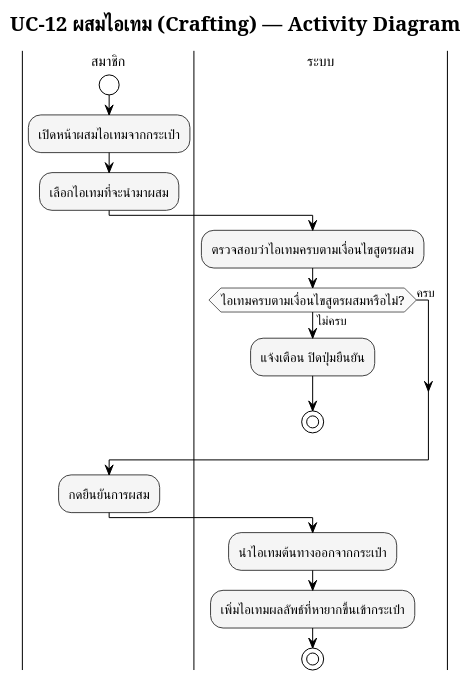
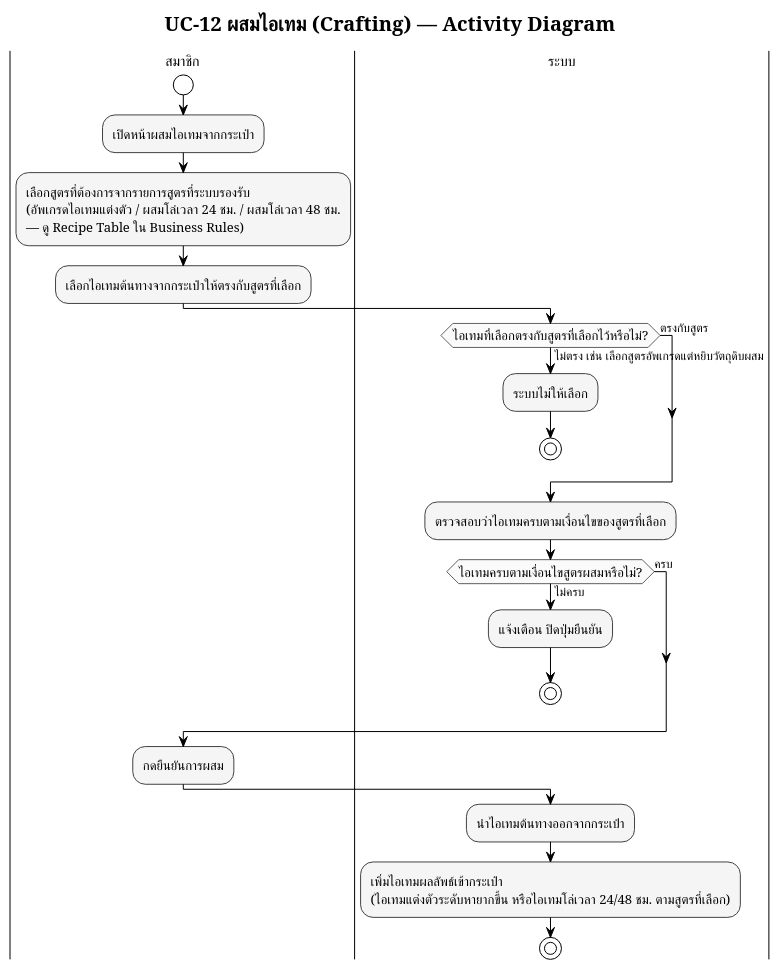
Before and after one commit to popotaroman-cloud/dssiprj-pad: the diagram in proposal/usecase/activity_module3_uc12.puml, drawn with PlantUML. The commit also changed 34 other files, not shown here.

```diff
--- a/proposal/usecase/activity_module3_uc12.puml
+++ b/proposal/usecase/activity_module3_uc12.puml
@@ -1,49 +1,56 @@
 @startuml M3_activity_ผสมไอเทม
 !pragma layout smetana
 skinparam defaultFontName "TH Sarabun New"
 skinparam defaultFontSize 14
 
 !theme plain
 skinparam titleFontName "TH Sarabun New"
 skinparam titleFontSize 20
 skinparam noteFontName "TH Sarabun New"
 skinparam ArrowFontName "TH Sarabun New"
 skinparam ArrowFontSize 12
 skinparam swimlaneTitleFontName "TH Sarabun New"
 skinparam swimlaneTitleFontSize 14
 
 skinparam activity {
   BackgroundColor #F5F5F5
   BorderColor #424242
   FontName "TH Sarabun New"
   FontSize 13
   DiamondBackgroundColor #FAFAFA
   DiamondBorderColor #616161
 }
 
 title UC-12 ผสมไอเทม (Crafting) — Activity Diagram
 
 |สมาชิก|
 start
 :เปิดหน้าผสมไอเทมจากกระเป๋า;
-:เลือกไอเทมที่จะนำมาผสม;
+:เลือกสูตรที่ต้องการจากรายการสูตรที่ระบบรองรับ\n(อัพเกรดไอเทมแต่งตัว / ผสมโล่เวลา 24 ชม. / ผสมโล่เวลา 48 ชม.\n— ดู Recipe Table ใน Business Rules);
+:เลือกไอเทมต้นทางจากกระเป๋าให้ตรงกับสูตรที่เลือก;
 
 |ระบบ|
-:ตรวจสอบว่าไอเทมครบตามเงื่อนไขสูตรผสม;
+if (ไอเทมที่เลือกตรงกับสูตรที่เลือกไว้หรือไม่?) then (ไม่ตรง เช่น เลือกสูตรอัพเกรดแต่หยิบวัตถุดิบผสม)
+  :ระบบไม่ให้เลือก;
+  stop
+else (ตรงกับสูตร)
+endif
+
+:ตรวจสอบว่าไอเทมครบตามเงื่อนไขของสูตรที่เลือก;
 
 if (ไอเทมครบตามเงื่อนไขสูตรผสมหรือไม่?) then (ไม่ครบ)
   :แจ้งเตือน ปิดปุ่มยืนยัน;
   stop
 else (ครบ)
 endif
 
 |สมาชิก|
 :กดยืนยันการผสม;
 
 |ระบบ|
 :นำไอเทมต้นทางออกจากกระเป๋า;
-:เพิ่มไอเทมผลลัพธ์ที่หายากขึ้นเข้ากระเป๋า;
+:เพิ่มไอเทมผลลัพธ์เข้ากระเป๋า\n(ไอเทมแต่งตัวระดับหายากขึ้น หรือไอเทมโล่เวลา 24/48 ชม. ตามสูตรที่เลือก);
 
 stop
 
 @enduml
```
